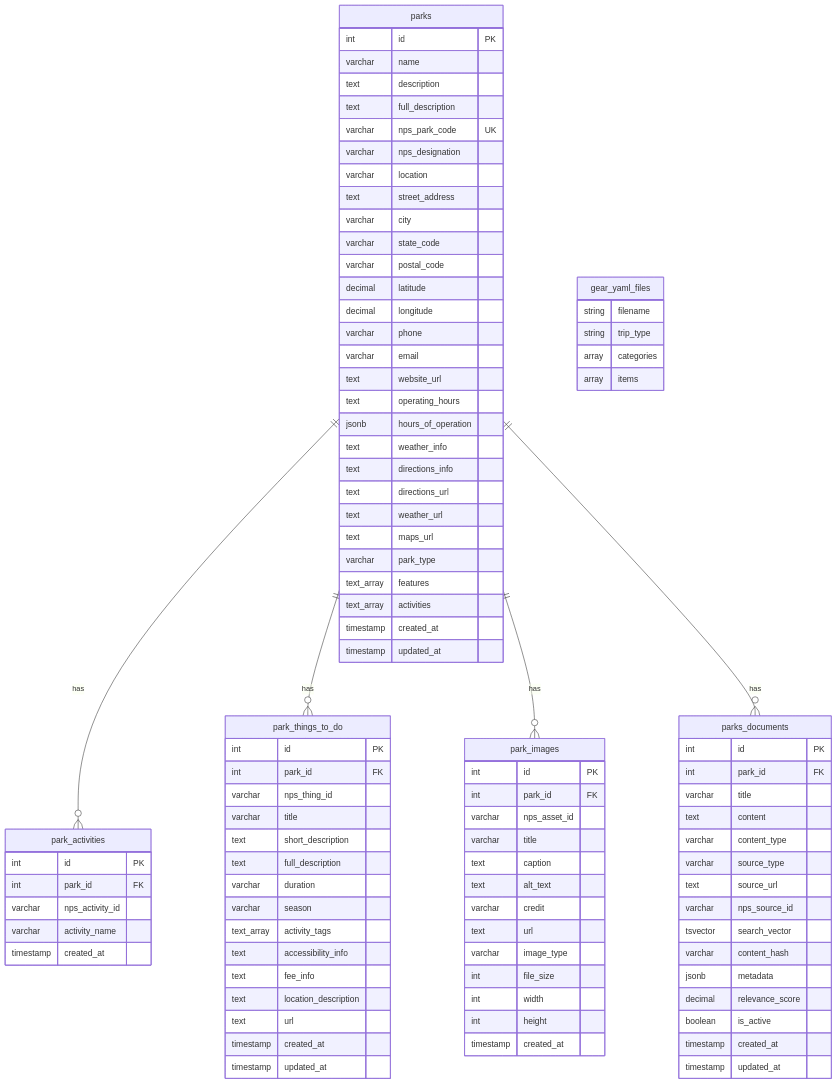
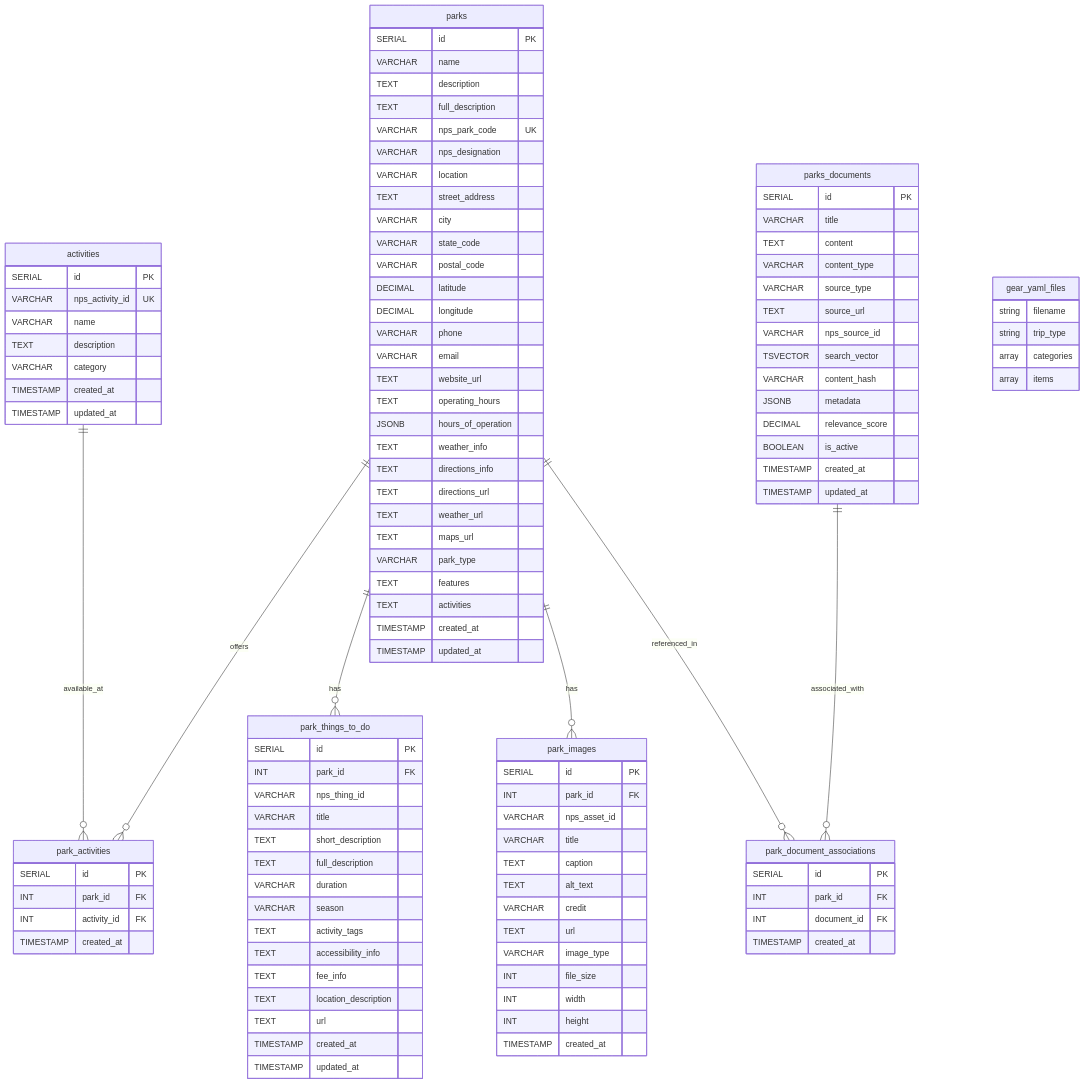
The diagram in docs/database-schema.md (nathangartlan2/tripbuddy), drawn with Mermaid before and after one commit. The commit also changed other lines of this file and 1 other file, not shown here.

Commit message:
iterating on the database design

````diff
--- a/docs/database-schema.md
+++ b/docs/database-schema.md
@@ -5,101 +5,118 @@
 ```mermaid
 erDiagram
     parks {
-        int id PK
-        varchar name
-        text description
-        text full_description
-        varchar nps_park_code UK
-        varchar nps_designation
-        varchar location
-        text street_address
-        varchar city
-        varchar state_code
-        varchar postal_code
-        decimal latitude
-        decimal longitude
-        varchar phone
-        varchar email
-        text website_url
-        text operating_hours
-        jsonb hours_of_operation
-        text weather_info
-        text directions_info
-        text directions_url
-        text weather_url
-        text maps_url
-        varchar park_type
-        text_array features
-        text_array activities
-        timestamp created_at
-        timestamp updated_at
+        SERIAL id PK
+        VARCHAR name
+        TEXT description
+        TEXT full_description
+        VARCHAR nps_park_code UK
+        VARCHAR nps_designation
+        VARCHAR location
+        TEXT street_address
+        VARCHAR city
+        VARCHAR state_code
+        VARCHAR postal_code
+        DECIMAL latitude
+        DECIMAL longitude
+        VARCHAR phone
+        VARCHAR email
+        TEXT website_url
+        TEXT operating_hours
+        JSONB hours_of_operation
+        TEXT weather_info
+        TEXT directions_info
+        TEXT directions_url
+        TEXT weather_url
+        TEXT maps_url
+        VARCHAR park_type
+        TEXT features
+        TEXT activities
+        TIMESTAMP created_at
+        TIMESTAMP updated_at
+    }
+
+    activities {
+        SERIAL id PK
+        VARCHAR nps_activity_id UK
+        VARCHAR name
+        TEXT description
+        VARCHAR category
+        TIMESTAMP created_at
+        TIMESTAMP updated_at
     }
 
     park_activities {
-        int id PK
-        int park_id FK
-        varchar nps_activity_id
-        varchar activity_name
-        timestamp created_at
+        SERIAL id PK
+        INT park_id FK
+        INT activity_id FK
+        TIMESTAMP created_at
     }
 
     park_things_to_do {
-        int id PK
-        int park_id FK
-        varchar nps_thing_id
-        varchar title
-        text short_description
-        text full_description
-        varchar duration
-        varchar season
-        text_array activity_tags
-        text accessibility_info
-        text fee_info
-        text location_description
-        text url
-        timestamp created_at
-        timestamp updated_at
+        SERIAL id PK
+        INT park_id FK
+        VARCHAR nps_thing_id
+        VARCHAR title
+        TEXT short_description
+        TEXT full_description
+        VARCHAR duration
+        VARCHAR season
+        TEXT activity_tags
+        TEXT accessibility_info
+        TEXT fee_info
+        TEXT location_description
+        TEXT url
+        TIMESTAMP created_at
+        TIMESTAMP updated_at
     }
 
     park_images {
-        int id PK
-        int park_id FK
-        varchar nps_asset_id
-        varchar title
-        text caption
-        text alt_text
-        varchar credit
-        text url
-        varchar image_type
-        int file_size
-        int width
-        int height
-        timestamp created_at
+        SERIAL id PK
+        INT park_id FK
+        VARCHAR nps_asset_id
+        VARCHAR title
+        TEXT caption
+        TEXT alt_text
+        VARCHAR credit
+        TEXT url
+        VARCHAR image_type
+        INT file_size
+        INT width
+        INT height
+        TIMESTAMP created_at
     }
 
     parks_documents {
-        int id PK
-        int park_id FK
-        varchar title
-        text content
-        varchar content_type
-        varchar source_type
-        text source_url
-        varchar nps_source_id
-        tsvector search_vector
-        varchar content_hash
-        jsonb metadata
-        decimal relevance_score
-        boolean is_active
-        timestamp created_at
-        timestamp updated_at
+        SERIAL id PK
+        VARCHAR title
+        TEXT content
+        VARCHAR content_type
+        VARCHAR source_type
+        TEXT source_url
+        VARCHAR nps_source_id
+        TSVECTOR search_vector
+        VARCHAR content_hash
+        JSONB metadata
+        DECIMAL relevance_score
+        BOOLEAN is_active
+        TIMESTAMP created_at
+        TIMESTAMP updated_at
+    }
+
+    park_document_associations {
+        SERIAL id PK
+        INT park_id FK
+        INT document_id FK
+        TIMESTAMP created_at
     }
 
     %% Relationships
-    parks ||--o{ park_activities : "has"
+    parks ||--o{ park_activities : "offers"
+    activities ||--o{ park_activities : "available_at"
     parks ||--o{ park_things_to_do : "has"
     parks ||--o{ park_images : "has"
-    parks ||--o{ parks_documents : "has"
+    parks ||--o{ park_document_associations : "referenced_in"
+    parks_documents ||--o{ park_document_associations : "associated_with"
 
     %% External Reference (YAML Files)
     gear_yaml_files {
````
